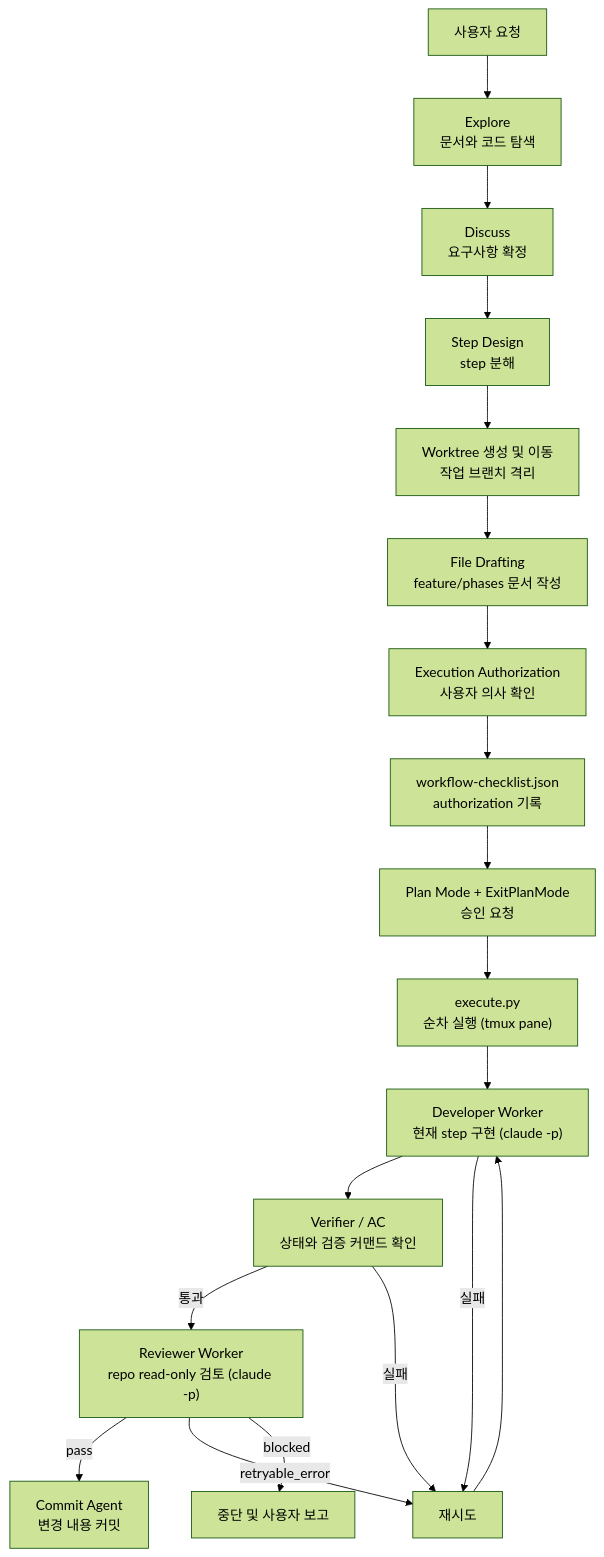
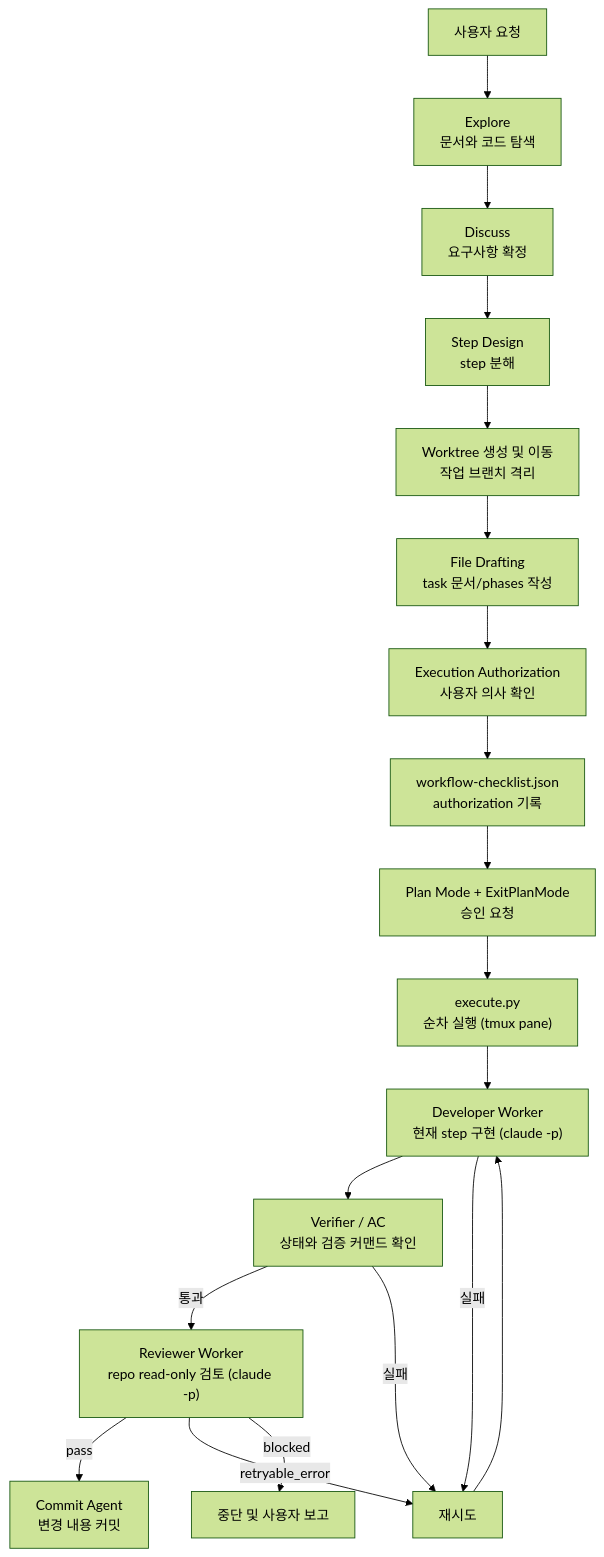
The diagram in docs/claude/skills/harness.md (KimYeonWook511/commerce-backend), drawn with Mermaid (forest theme) before and after one commit. The commit also changed other lines of this file and 111 other files, not shown here.

````diff
--- a/docs/claude/skills/harness.md
+++ b/docs/claude/skills/harness.md
@@ -9,21 +9,21 @@
 ```mermaid
 flowchart TD
     A["사용자 요청"] --> B["Explore<br>문서와 코드 탐색"]
     B --> C["Discuss<br>요구사항 확정"]
     C --> D["Step Design<br>step 분해"]
     D --> W["Worktree 생성 및 이동<br>작업 브랜치 격리"]
-    W --> E["File Drafting<br>feature/phases 문서 작성"]
+    W --> E["File Drafting<br>task 문서/phases 작성"]
     E --> M["Execution Authorization<br>사용자 의사 확인"]
     M --> N["workflow-checklist.json<br>authorization 기록"]
     N --> O["Plan Mode + ExitPlanMode<br>승인 요청"]
     O --> F["execute.py<br>순차 실행 (tmux pane)"]
     F --> G["Developer Worker<br>현재 step 구현 (claude -p)"]
     G --> H["Verifier / AC<br>상태와 검증 커맨드 확인"]
     H -->|통과| I["Reviewer Worker<br>repo read-only 검토 (claude -p)"]
     H -->|실패| J["재시도"]
     G -->|실패| J
     I -->|pass| K["Commit Agent<br>변경 내용 커밋"]
     I -->|retryable_error| J
     I -->|blocked| L["중단 및 사용자 보고"]
     J --> G
 ```
````
